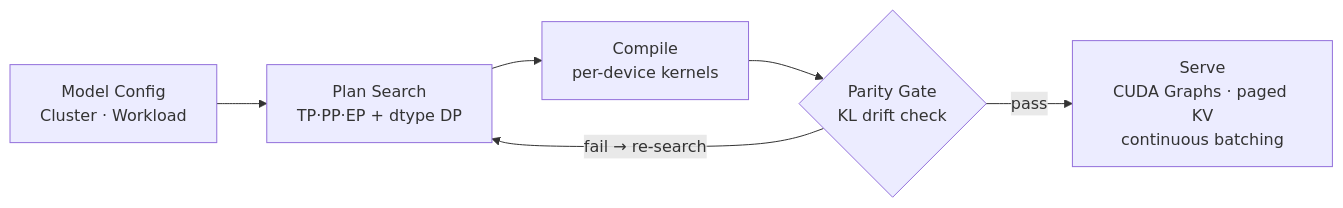
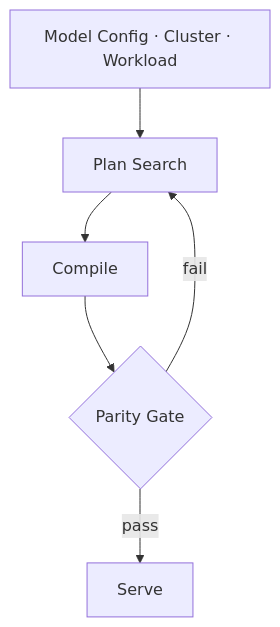
Before and after one commit to pmukeshreddy/Skein: the diagram in README.md, drawn with Mermaid.

Commit message:
docs: simplify flowchart to TD with short labels

````diff
--- a/README.md
+++ b/README.md
@@ -7,8 +7,8 @@
 ```mermaid
-flowchart LR
-    A[Model Config\nCluster · Workload] --> B[Plan Search\nTP·PP·EP + dtype DP]
-    B --> C[Compile\nper-device kernels]
-    C --> D{Parity Gate\nKL drift check}
-    D -->|pass| E[Serve\nCUDA Graphs · paged KV\ncontinuous batching]
-    D -->|fail → re-search| B
+flowchart TD
+    A[Model Config · Cluster · Workload] --> B[Plan Search]
+    B --> C[Compile]
+    C --> D{Parity Gate}
+    D -->|pass| E[Serve]
+    D -->|fail| B
 ```
````
